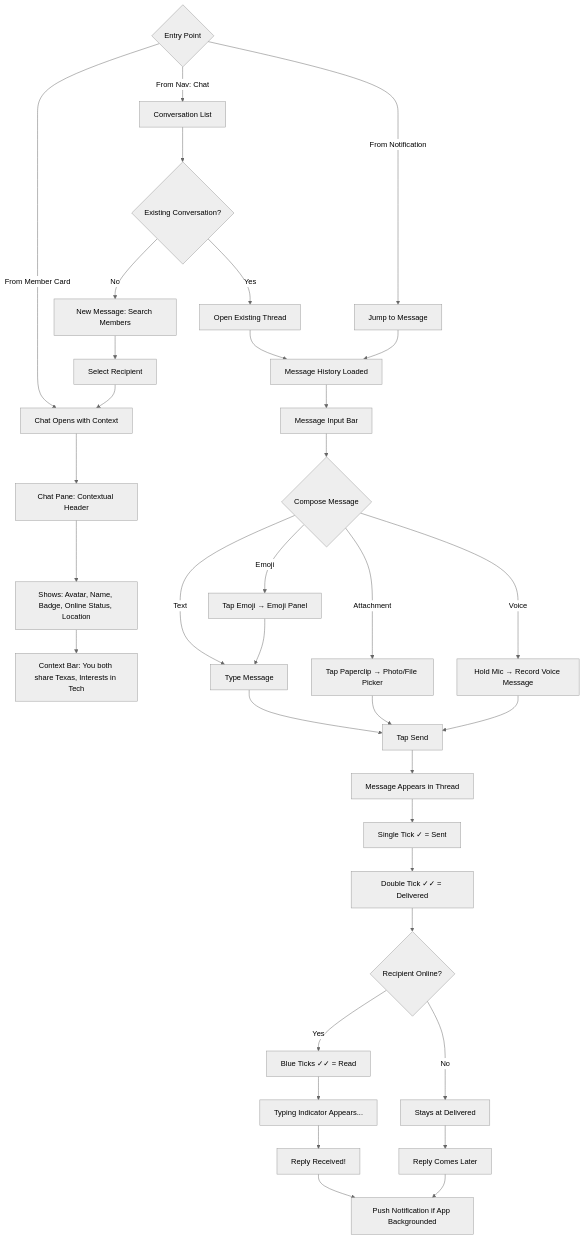
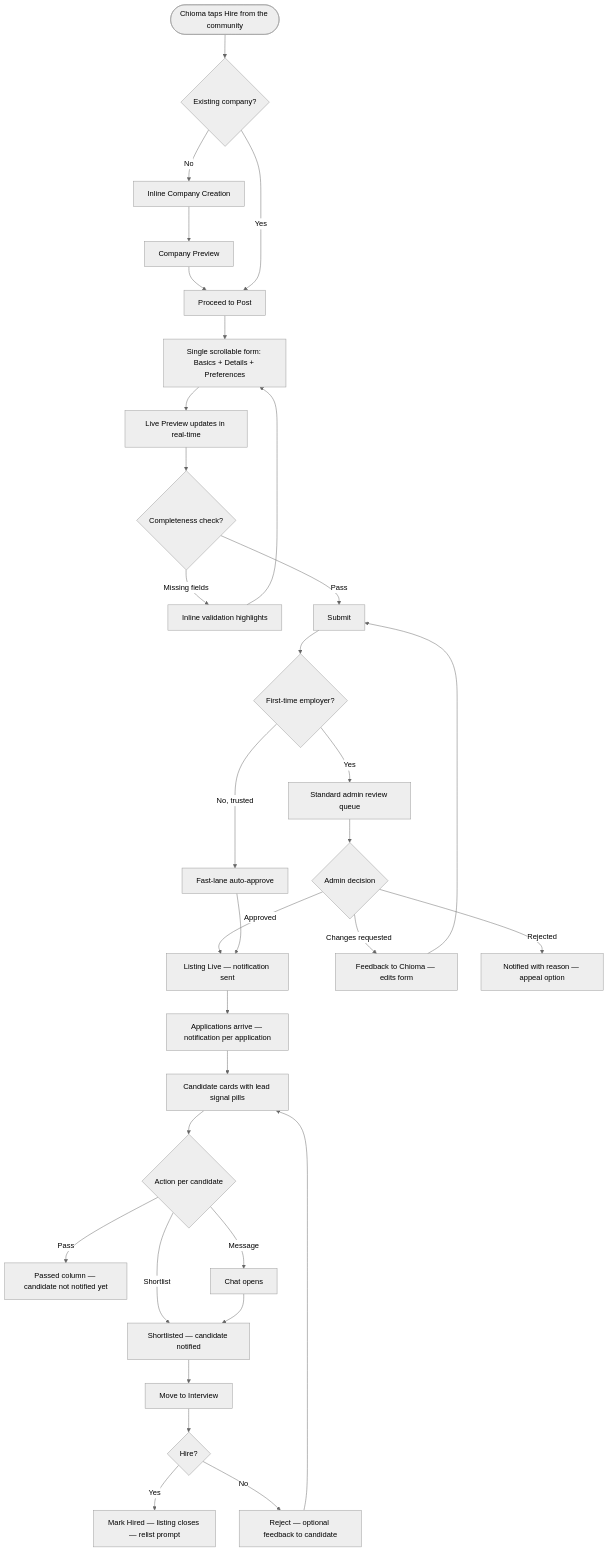
The second of 6 diagrams in _bmad-output/planning-artifacts/ux-design-specification.md (ulanzi1/igbo), drawn with Mermaid (neutral theme) before and after one commit. The commit also changed other lines of this file and 1369 other files, not shown here.

````diff
--- a/_bmad-output/planning-artifacts/ux-design-specification.md
+++ b/_bmad-output/planning-artifacts/ux-design-specification.md
@@ -1119,45 +1144,31 @@
 ```mermaid
-flowchart TD
-    A{Entry Point} -->|From Member Card| B[Chat Opens with Context]
-    A -->|From Nav: Chat| C[Conversation List]
-    A -->|From Notification| D[Jump to Message]
-
-    C --> C1{Existing Conversation?}
-    C1 -->|Yes| E[Open Existing Thread]
-    C1 -->|No| C2[New Message: Search Members]
-    C2 --> C3[Select Recipient]
-    C3 --> B
-
-    B --> F[Chat Pane: Contextual Header]
-    F --> F1[Shows: Avatar, Name, Badge, Online Status, Location]
-    F1 --> F2[Context Bar: You both share Texas, Interests in Tech]
-
-    E --> G[Message History Loaded]
-    D --> G
-
-    G --> H[Message Input Bar]
-    H --> I{Compose Message}
-    I -->|Text| J[Type Message]
-    I -->|Attachment| K[Tap Paperclip → Photo/File Picker]
-    I -->|Emoji| L[Tap Emoji → Emoji Panel]
-    I -->|Voice| M[Hold Mic → Record Voice Message]
-
-    J --> N[Tap Send]
-    K --> N
-    L --> J
-    M --> N
-
-    N --> O[Message Appears in Thread]
-    O --> P[Single Tick ✓ = Sent]
-    P --> Q[Double Tick ✓✓ = Delivered]
-    Q --> R{Recipient Online?}
-    R -->|Yes| S[Blue Ticks ✓✓ = Read]
-    R -->|No| T[Stays at Delivered]
-
-    S --> U[Typing Indicator Appears...]
-    U --> V[Reply Received!]
-    V --> W[Push Notification if App Backgrounded]
-
-    T --> X[Reply Comes Later]
-    X --> W
+graph TD
+    A([Chioma taps Hire from the community]) --> B{Existing company?}
+    B -- No --> C[Inline Company Creation]
+    C --> D[Company Preview] --> E[Proceed to Post]
+    B -- Yes --> E
+    E --> F[Single scrollable form: Basics + Details + Preferences]
+    F --> G[Live Preview updates in real-time]
+    G --> H{Completeness check?}
+    H -- Missing fields --> I[Inline validation highlights] --> F
+    H -- Pass --> J[Submit]
+    J --> K{First-time employer?}
+    K -- Yes --> L[Standard admin review queue]
+    K -- No, trusted --> M[Fast-lane auto-approve]
+    L --> N{Admin decision}
+    N -- Approved --> O[Listing Live — notification sent]
+    N -- Changes requested --> P[Feedback to Chioma — edits form] --> J
+    N -- Rejected --> Q[Notified with reason — appeal option]
+    M --> O
+    O --> R[Applications arrive — notification per application]
+    R --> S[Candidate cards with lead signal pills]
+    S --> T{Action per candidate}
+    T -- Pass --> U[Passed column — candidate not notified yet]
+    T -- Shortlist --> V[Shortlisted — candidate notified]
+    T -- Message --> W[Chat opens] --> V
+    V --> X[Move to Interview]
+    X --> Y{Hire?}
+    Y -- Yes --> Z[Mark Hired — listing closes — relist prompt]
+    Y -- No --> AA[Reject — optional feedback to candidate]
+    AA --> S
 ```
````
